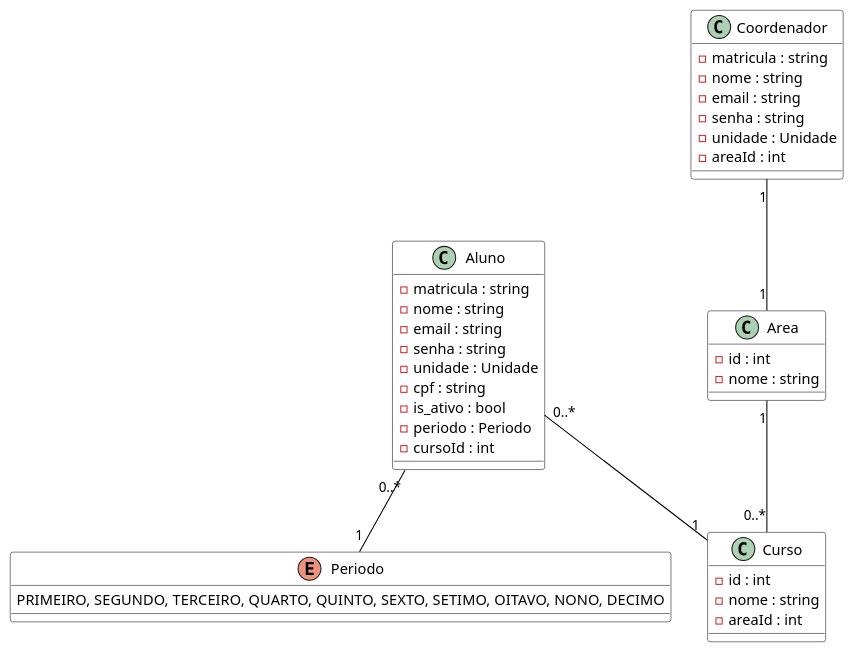
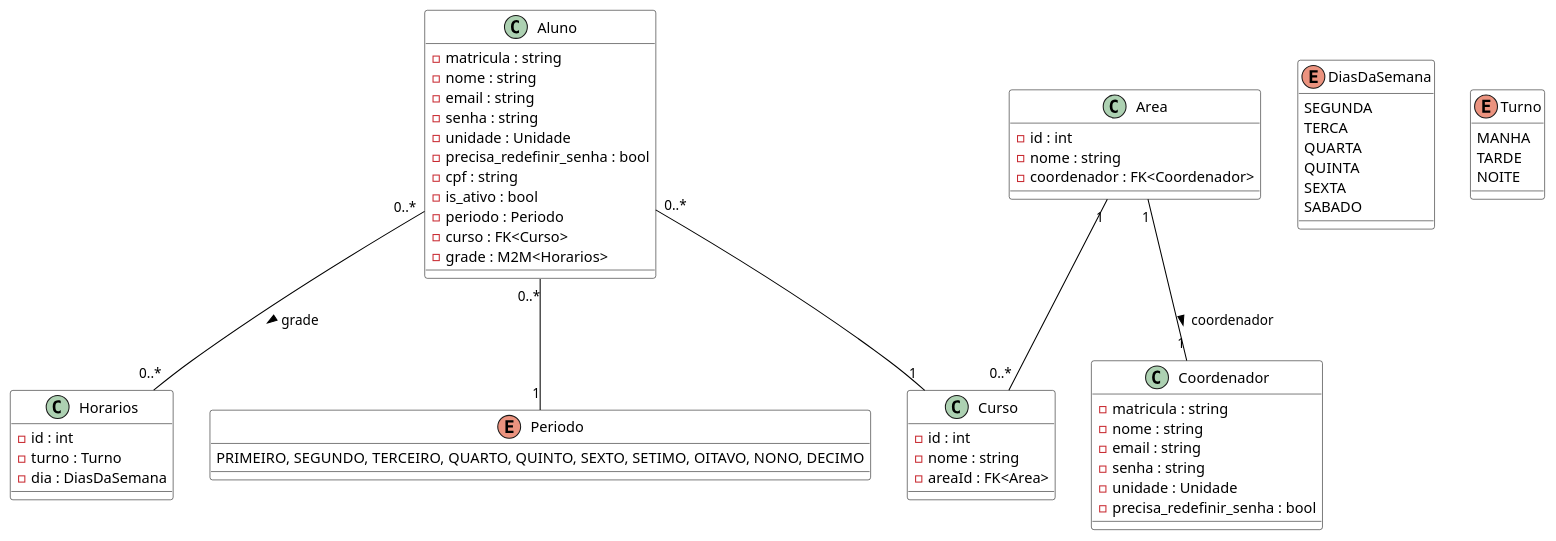
Before and after one commit to Projetos-de-Extensao/PBE_26.1_8002_III: the diagram in docs/assets/Diagramas/src/diagrama_classes_academico.puml, drawn with PlantUML. The commit also changed 7 other files, not shown here.

Commit message:
docs: atualização dos diagramas de classe para refletir o desenvolvimento

```diff
--- a/docs/assets/Diagramas/src/diagrama_classes_academico.puml
+++ b/docs/assets/Diagramas/src/diagrama_classes_academico.puml
@@ -1,57 +1,82 @@
 @startuml
 
 ' --- Estilos ---
 skinparam class {
     BackgroundColor White
     ArrowColor Black
     BorderColor Black
 }
 
 ' --- Enums ---
 enum Periodo {
     PRIMEIRO, SEGUNDO, TERCEIRO, QUARTO, QUINTO, SEXTO, SETIMO, OITAVO, NONO, DECIMO
 }
 
+enum DiasDaSemana {
+    SEGUNDA
+    TERCA
+    QUARTA
+    QUINTA
+    SEXTA
+    SABADO
+}
+
+enum Turno {
+    MANHA
+    TARDE
+    NOITE
+}
+
 ' --- Classes da Estrutura Acadêmica ---
 class Aluno {
     - matricula : string
     - nome : string
     - email : string
     - senha : string
     - unidade : Unidade
+    - precisa_redefinir_senha : bool
     - cpf : string
     - is_ativo : bool
     - periodo : Periodo
-    - cursoId : int
+    - curso : FK<Curso>
+    - grade : M2M<Horarios>
 }
 
 class Curso {
     - id : int
     - nome : string
-    - areaId : int
+    - areaId : FK<Area>
 }
 
 class Area {
     - id : int
     - nome : string
+    - coordenador : FK<Coordenador>
 }
 
 class Coordenador {
     - matricula : string
     - nome : string
     - email : string
     - senha : string
     - unidade : Unidade
-    - areaId : int
+    - precisa_redefinir_senha : bool
+}
+
+class Horarios {
+    - id : int
+    - turno : Turno
+    - dia : DiasDaSemana
 }
 
 ' --- Relacionamentos ---
 ' Um aluno pertence a um curso e período
 Aluno "0..*" -- "1" Curso
 Aluno "0..*" -- "1" Periodo
+Aluno "0..*" -- "0..*" Horarios : grade >
 
 ' Hierarquia de Curso e Área
 Area "1" -- "0..*" Curso
-Coordenador "1" -- "1" Area
+Area "1" -- "1" Coordenador : coordenador >
 
 @enduml
```
